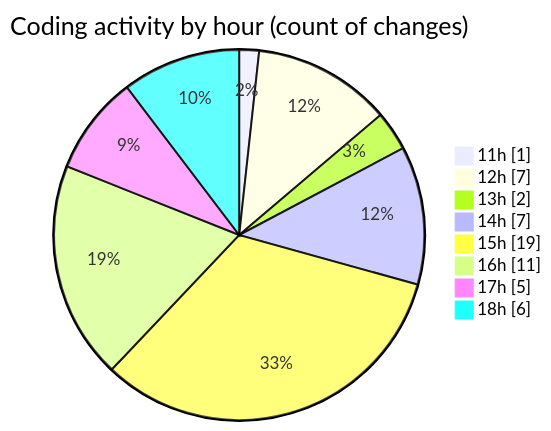
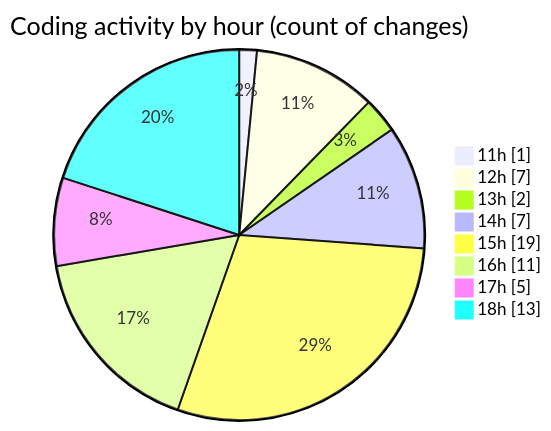
Before and after one commit to momahboobian/code-tracking: the second of 2 diagrams in 2025-06-09/cda/README.md, drawn with Mermaid. The commit also changed other lines of this file and 1 other file, not shown here.

````diff
--- a/2025-06-09/cda/README.md
+++ b/2025-06-09/cda/README.md
@@ -42,12 +42,12 @@
 ```mermaid
 pie showData
 title Coding activity by hour (count of changes)
 "11h" : 1
 "12h" : 7
 "13h" : 2
 "14h" : 7
 "15h" : 19
 "16h" : 11
 "17h" : 5
-"18h" : 6
+"18h" : 13
 ```
````
